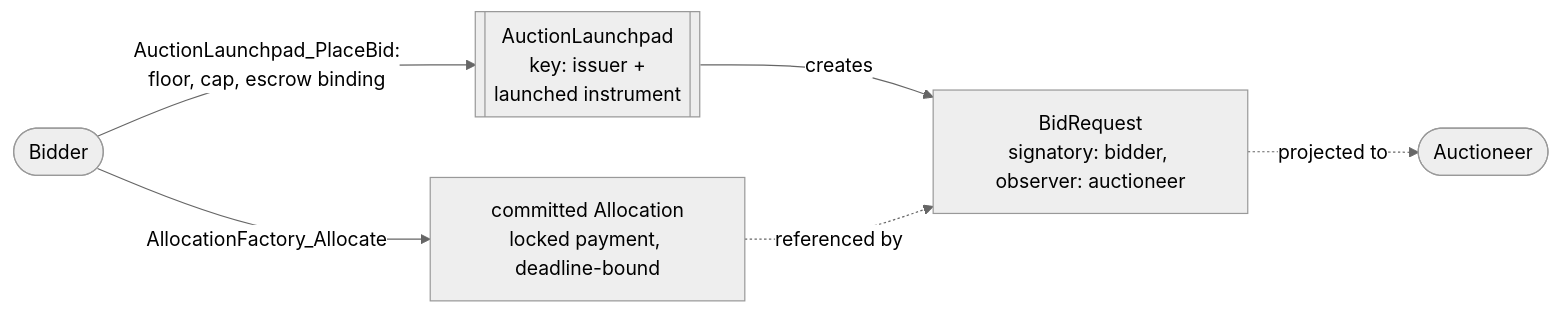
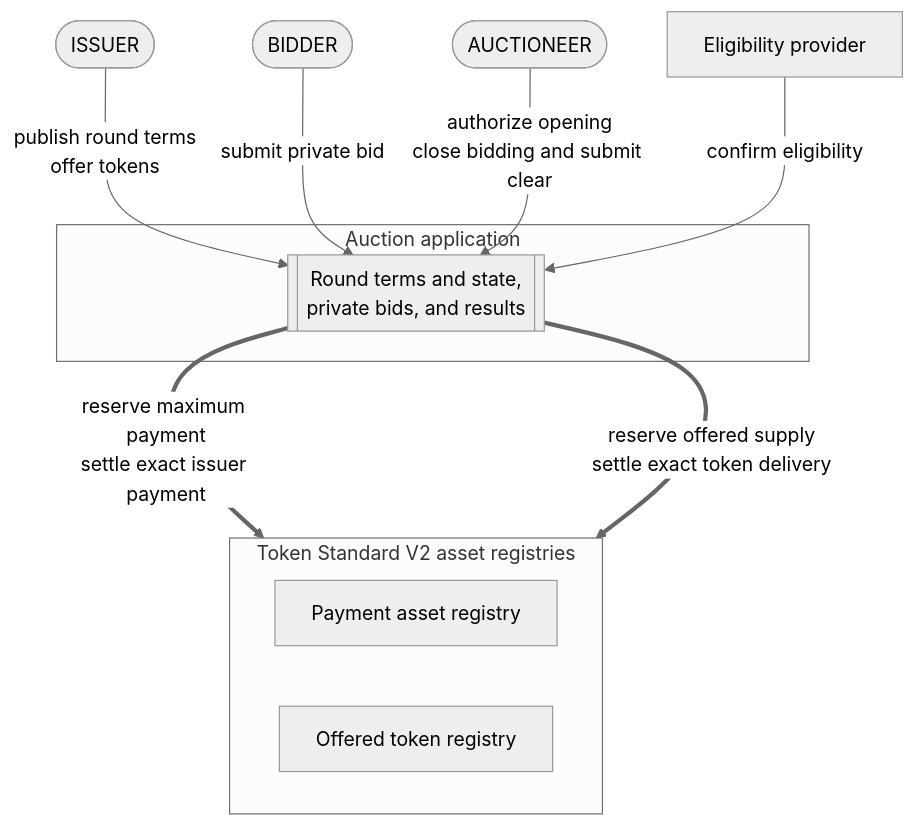
Before and after one commit to OpenZeppelin/canton-specs: the first of 3 diagrams in docs/reference-architectures/confidential-auction.md, drawn with Mermaid (neutral theme). The commit also changed other lines of this file, not shown here.

First line of the commit message:
Confidential Auction RI Review (#91)

````diff
--- a/docs/reference-architectures/confidential-auction.md
+++ b/docs/reference-architectures/confidential-auction.md
@@ -246,14 +128,24 @@
 ```mermaid
-flowchart LR
-    Bidder([Bidder])
-    Auctioneer([Auctioneer])
-    Escrow["committed Allocation<br/>locked payment, deadline-bound"]
-    Bid["BidRequest<br/>signatory: bidder, observer: auctioneer"]
-    LP[["AuctionLaunchpad<br/>key: issuer +<br/>launched instrument"]]
+flowchart TB
+    Issuer([ISSUER])
+    Bidder([BIDDER])
+    Auctioneer([AUCTIONEER])
+    Eligibility["Eligibility provider"]
 
-    Bidder -->|"AllocationFactory_Allocate"| Escrow
-    Bidder -->|"AuctionLaunchpad_PlaceBid:<br/>floor, cap, escrow binding"| LP
-    LP -->|"creates"| Bid
-    Escrow -.->|"referenced by"| Bid
-    Bid -.->|"projected to"| Auctioneer
+    subgraph App["Auction application"]
+        Auction[["Round terms and state,<br/>private bids, and results"]]
+    end
+
+    subgraph Assets["Token Standard V2 asset registries"]
+        direction LR
+        Payment["Payment asset registry"]
+        Token["Offered token registry"]
+    end
+
+    Issuer -->|"publish round terms<br/>offer tokens"| Auction
+    Bidder -->|"submit private bid"| Auction
+    Auctioneer -->|"authorize opening<br/>close bidding and submit clear"| Auction
+    Eligibility -->|"confirm eligibility"| Auction
+    Auction ==>|"reserve maximum payment<br/>settle exact issuer payment"| Payment
+    Auction ==>|"reserve offered supply<br/>settle exact token delivery"| Token
 ```
````
